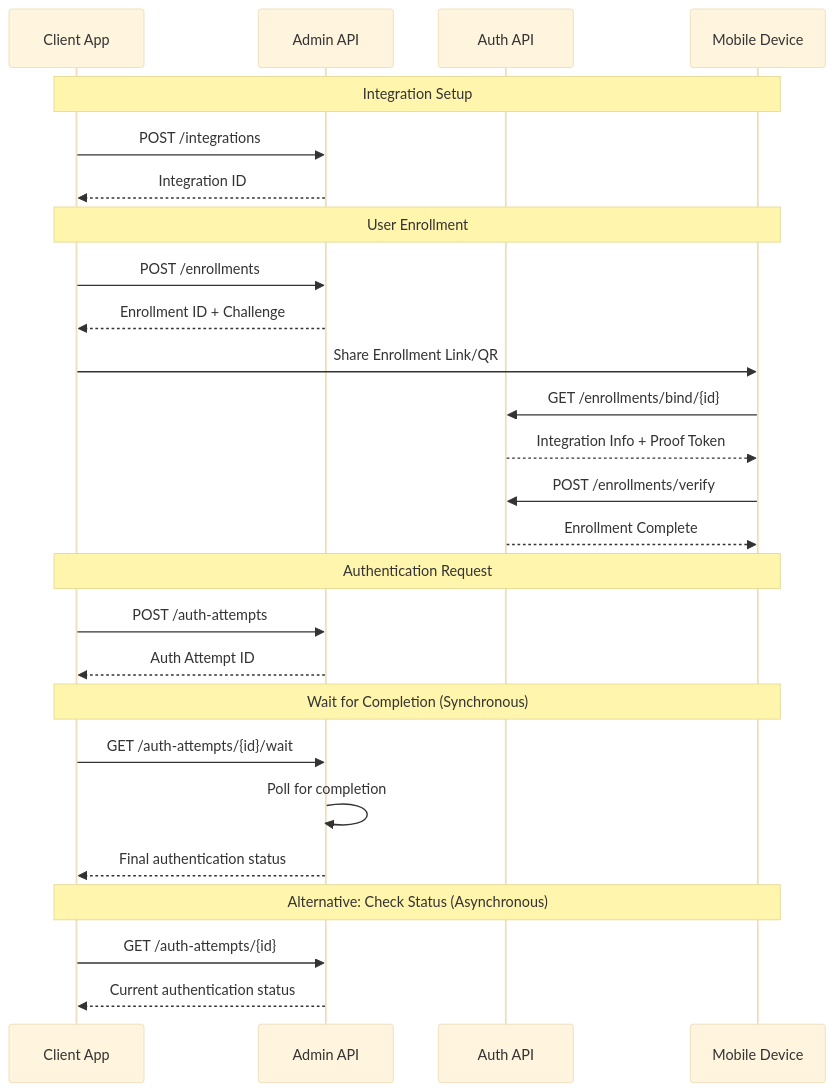
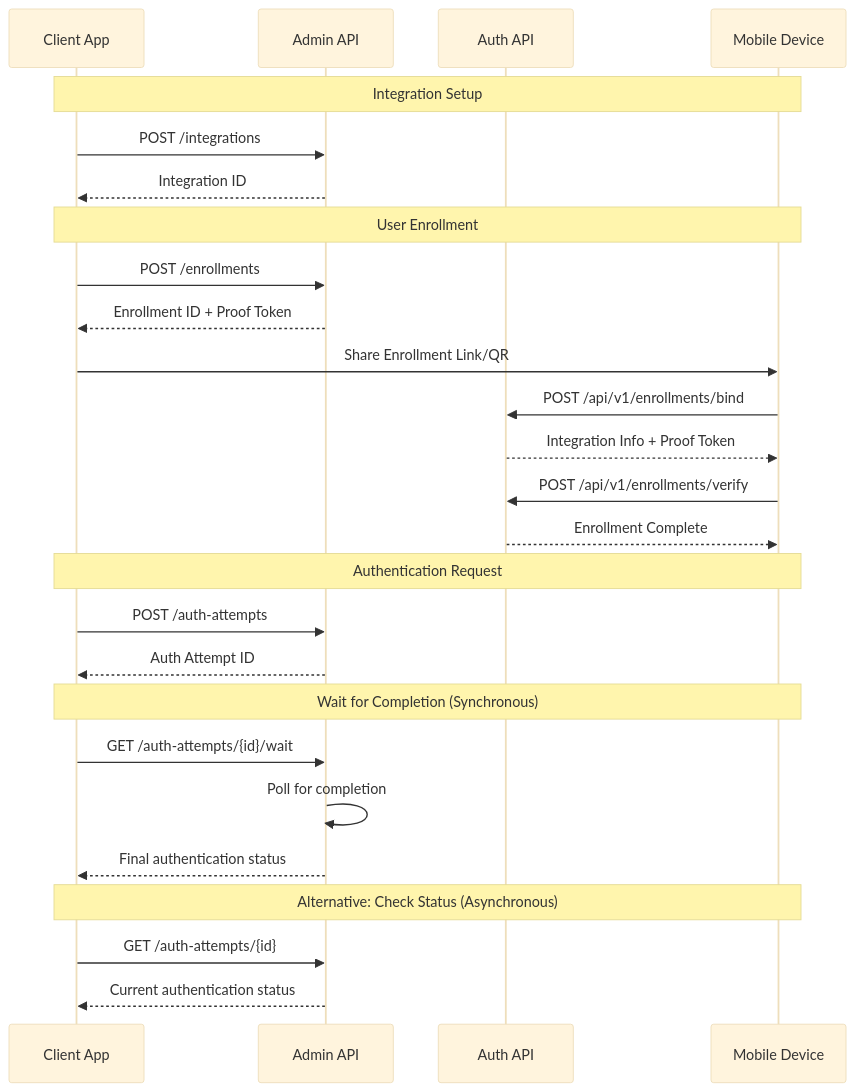
The eighth of 11 diagrams in README.md (mgagp/ezkey), drawn with Mermaid (base theme) before and after one commit. The commit also changed other lines of this file and 77 other files, not shown here.

````diff
--- a/README.md
+++ b/README.md
@@ -279,33 +279,33 @@
 ```mermaid
 sequenceDiagram
     participant Client as Client App
     participant Admin as Admin API
     participant Auth as Auth API
     participant Mobile as Mobile Device
     
     Note over Client,Mobile: Integration Setup
     Client->>Admin: POST /integrations
     Admin-->>Client: Integration ID
     
     Note over Client,Mobile: User Enrollment
     Client->>Admin: POST /enrollments
-    Admin-->>Client: Enrollment ID + Challenge
+    Admin-->>Client: Enrollment ID + Proof Token
     Client->>Mobile: Share Enrollment Link/QR
-    Mobile->>Auth: GET /enrollments/bind/{id}
+    Mobile->>Auth: POST /api/v1/enrollments/bind
     Auth-->>Mobile: Integration Info + Proof Token
-    Mobile->>Auth: POST /enrollments/verify
+    Mobile->>Auth: POST /api/v1/enrollments/verify
     Auth-->>Mobile: Enrollment Complete
     
     Note over Client,Mobile: Authentication Request
     Client->>Admin: POST /auth-attempts
     Admin-->>Client: Auth Attempt ID
     
     Note over Client,Mobile: Wait for Completion (Synchronous)
     Client->>Admin: GET /auth-attempts/{id}/wait
     Admin->>Admin: Poll for completion
     Admin-->>Client: Final authentication status
     
     Note over Client,Mobile: Alternative: Check Status (Asynchronous)
     Client->>Admin: GET /auth-attempts/{id}
     Admin-->>Client: Current authentication status
 ```
````
